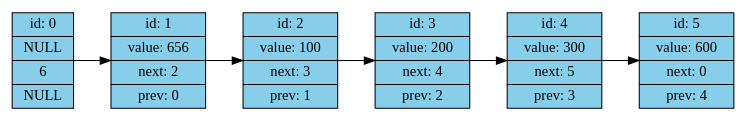
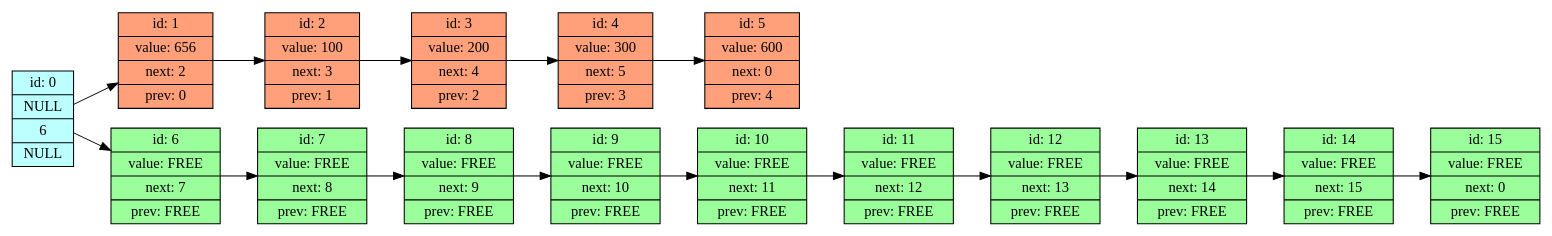
Before and after one commit to Troll0ton/List: the diagram in dump/list_graph.dot, drawn with Graphviz. The commit also changed 24 other files, not shown here.

```diff
--- a/dump/list_graph.dot
+++ b/dump/list_graph.dot
@@ -1,10 +1,21 @@
 digraph structs {
   rankdir=LR;    
-cell0 [style= "filled" , color= "black", fillcolor= "skyblue", shape=record,label=" id: 0 | NULL | 6 | NULL " ];
-  cell1 [style= "filled" , color= "black", fillcolor= "skyblue", shape=record,label=" id: 1 | value:   656 | next:     2 | prev:     0" ];
-  cell2 [style= "filled" , color= "black", fillcolor= "skyblue", shape=record,label=" id: 2 | value:   100 | next:     3 | prev:     1" ];
-  cell3 [style= "filled" , color= "black", fillcolor= "skyblue", shape=record,label=" id: 3 | value:   200 | next:     4 | prev:     2" ];
-  cell4 [style= "filled" , color= "black", fillcolor= "skyblue", shape=record,label=" id: 4 | value:   300 | next:     5 | prev:     3" ];
-  cell5 [style= "filled" , color= "black", fillcolor= "skyblue", shape=record,label=" id: 5 | value:   600 | next:     0 | prev:     4" ];
+cell0 [style= "filled" , color= "black", fillcolor= "paleturquoise1", shape=record,label=" id: 0 | NULL | 6 | NULL " ];
+  cell1 [style= "filled" , color= "black", fillcolor= "lightsalmon", shape=record,label=" id: 1 | value:   656 | next:     2 | prev:     0" ];
+  cell2 [style= "filled" , color= "black", fillcolor= "lightsalmon", shape=record,label=" id: 2 | value:   100 | next:     3 | prev:     1" ];
+  cell3 [style= "filled" , color= "black", fillcolor= "lightsalmon", shape=record,label=" id: 3 | value:   200 | next:     4 | prev:     2" ];
+  cell4 [style= "filled" , color= "black", fillcolor= "lightsalmon", shape=record,label=" id: 4 | value:   300 | next:     5 | prev:     3" ];
+  cell5 [style= "filled" , color= "black", fillcolor= "lightsalmon", shape=record,label=" id: 5 | value:   600 | next:     0 | prev:     4" ];
+  cell6 [style= "filled" , color= "black", fillcolor= "palegreen1", shape=record,label=" id: 6 | value: FREE | next:     7 | prev: FREE " ];
+  cell7 [style= "filled" , color= "black", fillcolor= "palegreen1", shape=record,label=" id: 7 | value: FREE | next:     8 | prev: FREE " ];
+  cell8 [style= "filled" , color= "black", fillcolor= "palegreen1", shape=record,label=" id: 8 | value: FREE | next:     9 | prev: FREE " ];
+  cell9 [style= "filled" , color= "black", fillcolor= "palegreen1", shape=record,label=" id: 9 | value: FREE | next:    10 | prev: FREE " ];
+  cell10 [style= "filled" , color= "black", fillcolor= "palegreen1", shape=record,label=" id: 10 | value: FREE | next:    11 | prev: FREE " ];
+  cell11 [style= "filled" , color= "black", fillcolor= "palegreen1", shape=record,label=" id: 11 | value: FREE | next:    12 | prev: FREE " ];
+  cell12 [style= "filled" , color= "black", fillcolor= "palegreen1", shape=record,label=" id: 12 | value: FREE | next:    13 | prev: FREE " ];
+  cell13 [style= "filled" , color= "black", fillcolor= "palegreen1", shape=record,label=" id: 13 | value: FREE | next:    14 | prev: FREE " ];
+  cell14 [style= "filled" , color= "black", fillcolor= "palegreen1", shape=record,label=" id: 14 | value: FREE | next:    15 | prev: FREE " ];
+  cell15 [style= "filled" , color= "black", fillcolor= "palegreen1", shape=record,label=" id: 15 | value: FREE | next:     0 | prev: FREE " ];
   cell0 -> cell1 -> cell2 -> cell3 -> cell4 -> cell5;
+cell0 -> cell6 -> cell7 -> cell8 -> cell9 -> cell10 -> cell11 -> cell12 -> cell13 -> cell14 -> cell15;
 }
```
